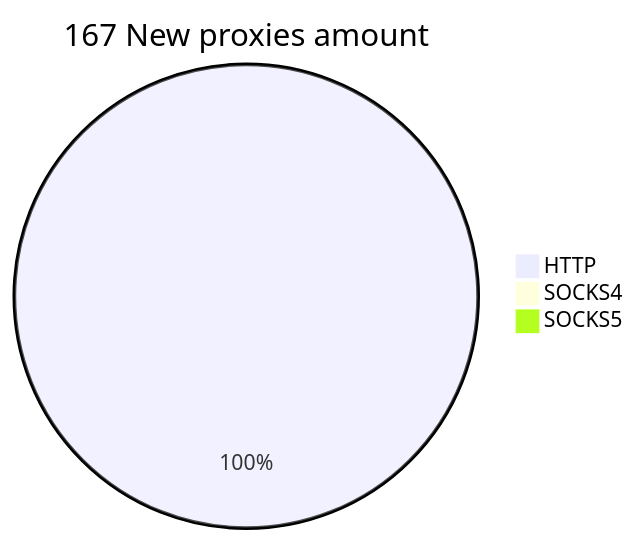
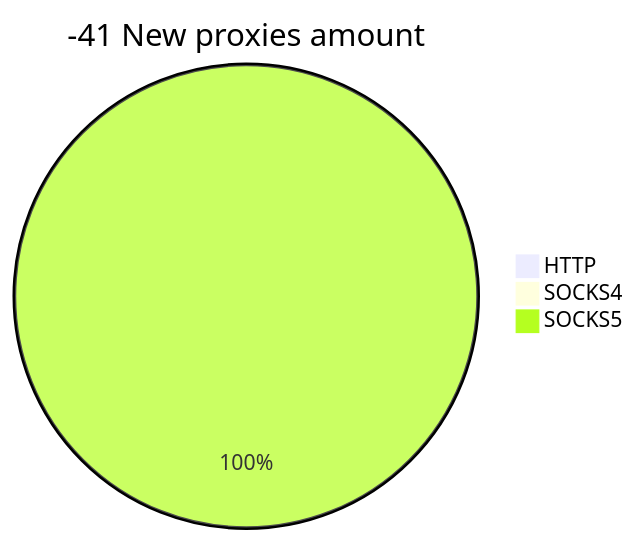
One commit to cutipu/proxylist changed the second of 2 diagrams in README.md. Above: the diagram before and after it, drawn with Mermaid. The commit also changed other lines of this file, not shown here.

````diff
--- a/README.md
+++ b/README.md
@@ -10,6 +10,6 @@
 ```mermaid
-pie title 167 New proxies amount
-    "HTTP" : 269
+pie title -41 New proxies amount
+    "HTTP" : 0
     "SOCKS4" : 0
-    "SOCKS5" : 0
+    "SOCKS5" : 21
 ```
````
